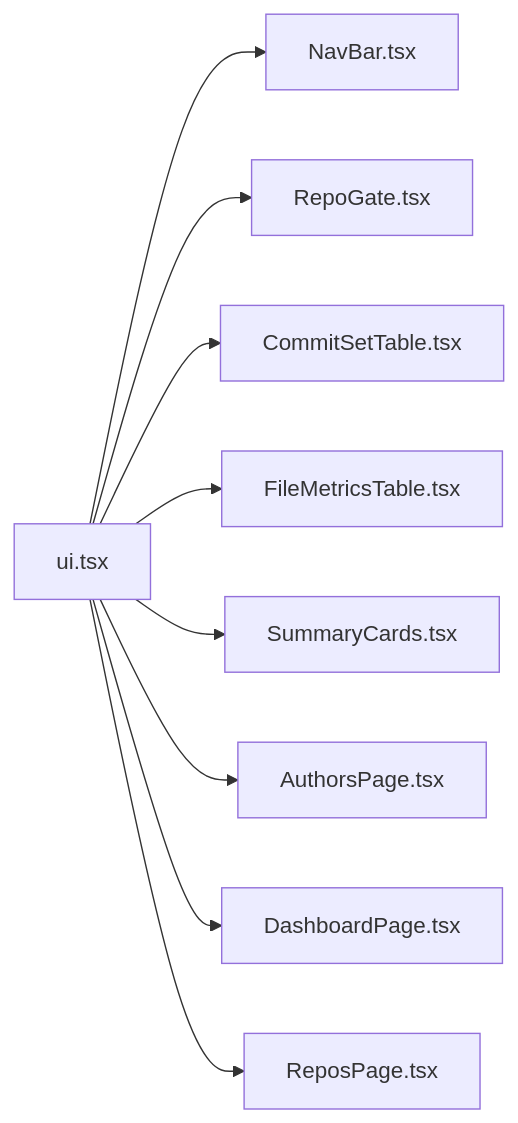
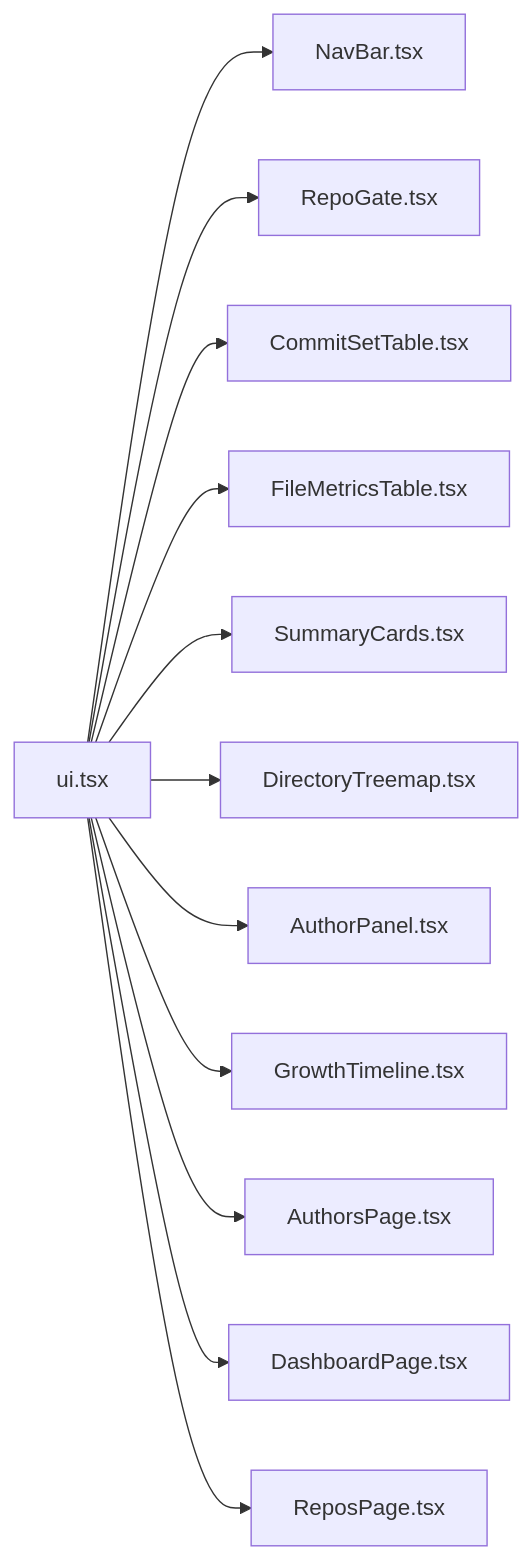
Before and after one commit to Keanu-de-Hart/sdp-test: the third of 3 diagrams in .qoder/repowiki/en/content/System Architecture/Frontend Architecture/Component System/UI Primitives.md, drawn with Mermaid. The commit also changed other lines of this file and 75 other files, not shown here.

````diff
--- a/.qoder/repowiki/en/content/System Architecture/Frontend Architecture/Component System/UI Primitives.md
+++ b/.qoder/repowiki/en/content/System Architecture/Frontend Architecture/Component System/UI Primitives.md
@@ -297,11 +337,14 @@
 ```mermaid
 graph LR
 U["ui.tsx"] --> NB["NavBar.tsx"]
 U --> RG["RepoGate.tsx"]
 U --> CST["CommitSetTable.tsx"]
 U --> FMT["FileMetricsTable.tsx"]
 U --> SC["SummaryCards.tsx"]
-U --> AP["AuthorsPage.tsx"]
+U --> DT["DirectoryTreemap.tsx"]
+U --> AP["AuthorPanel.tsx"]
+U --> GT["GrowthTimeline.tsx"]
+U --> APG["AuthorsPage.tsx"]
 U --> DP["DashboardPage.tsx"]
 U --> RP["ReposPage.tsx"]
 ```
````
